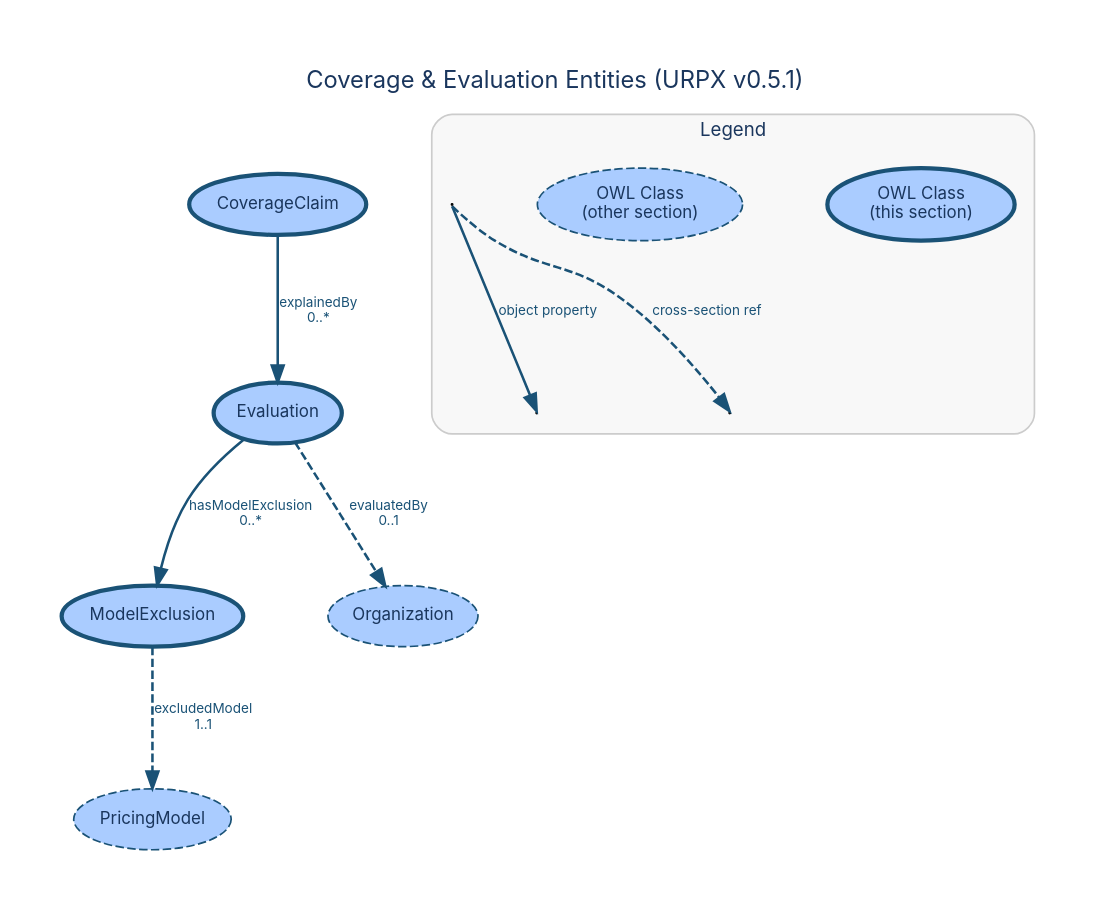
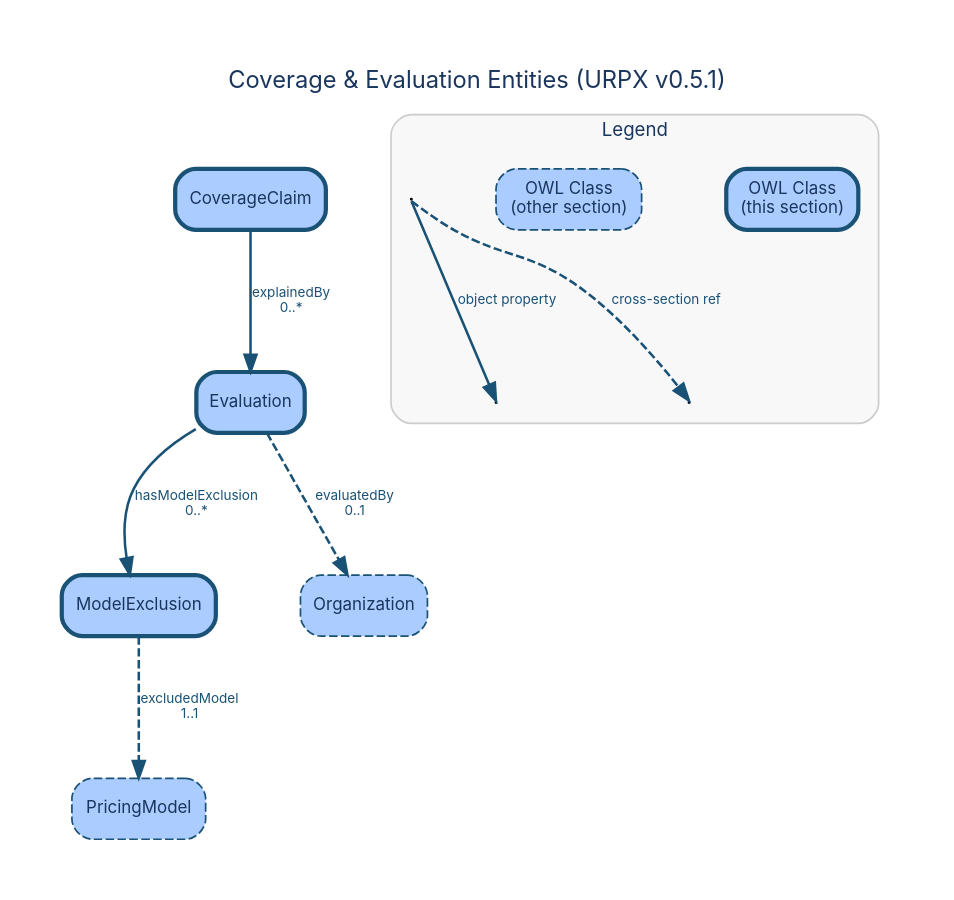
One commit to urpx-org/urpx changed the diagram in documentation/diagrams/dictionary/coverage-evaluation-entities.dot. Above: the diagram before and after it, drawn with Graphviz. The commit also changed 43 other files, not shown here.

```diff
--- a/documentation/diagrams/dictionary/coverage-evaluation-entities.dot
+++ b/documentation/diagrams/dictionary/coverage-evaluation-entities.dot
@@ -1,73 +1,73 @@
 digraph "Coverage & Evaluation Entities" {
     rankdir=TB;
     bgcolor="white";
     pad=0.4;
     nodesep=0.7;
     ranksep=0.9;
     fontname="Inter, Helvetica, Arial, sans-serif";
     label="Coverage & Evaluation Entities (URPX v0.5.1)";
     labelloc="t";
     fontsize=14;
     fontcolor="#1a365d";
     node [fontname="Inter, Helvetica, Arial, sans-serif", fontsize=10, style=filled, fontcolor="#1a365d"];
     edge [fontname="Inter, Helvetica, Arial, sans-serif", fontsize=8, fontcolor="#1a365d"];
 
     // Section classes
     CoverageClaim [
         label="CoverageClaim"
-        shape=ellipse, fillcolor="#aaccff", color="#1a5276", penwidth=2.5
+        shape=box, style="filled,rounded", fillcolor="#aaccff", color="#1a5276", penwidth=2.5
     ];
     Evaluation [
         label="Evaluation"
-        shape=ellipse, fillcolor="#aaccff", color="#1a5276", penwidth=2.5
+        shape=box, style="filled,rounded", fillcolor="#aaccff", color="#1a5276", penwidth=2.5
     ];
     ModelExclusion [
         label="ModelExclusion"
-        shape=ellipse, fillcolor="#aaccff", color="#1a5276", penwidth=2.5
+        shape=box, style="filled,rounded", fillcolor="#aaccff", color="#1a5276", penwidth=2.5
     ];
 
     // Cross-section references
     Organization [
         label="Organization"
-        shape=ellipse, fillcolor="#aaccff", color="#1a5276", penwidth=1, style="filled,dashed"
+        shape=box, fillcolor="#aaccff", color="#1a5276", penwidth=1, style="filled,rounded,dashed"
     ];
     PricingModel [
         label="PricingModel"
-        shape=ellipse, fillcolor="#aaccff", color="#1a5276", penwidth=1, style="filled,dashed"
+        shape=box, fillcolor="#aaccff", color="#1a5276", penwidth=1, style="filled,rounded,dashed"
     ];
 
     // Object property edges
     CoverageClaim -> Evaluation [
         label="explainedBy\n0..*", color="#1a5276", fontcolor="#1a5276", penwidth=1.5
     ];
     Evaluation -> Organization [
         label="evaluatedBy\n0..1", style=dashed, color="#1a5276", fontcolor="#1a5276", penwidth=1.5
     ];
     Evaluation -> ModelExclusion [
         label="hasModelExclusion\n0..*", color="#1a5276", fontcolor="#1a5276", penwidth=1.5
     ];
     ModelExclusion -> PricingModel [
         label="excludedModel\n1..1", style=dashed, color="#1a5276", fontcolor="#1a5276", penwidth=1.5
     ];
 
     // Auto-computed rank hints
 
     subgraph cluster_legend {
         label="Legend";
         fontname="Inter, Helvetica, Arial, sans-serif";
         fontsize=11;
         fontcolor="#1a365d";
         style=rounded;
         color="#cccccc";
         bgcolor="#f8f8f8";
         margin=12;
 
-        leg_class [label="OWL Class\n(this section)", shape=ellipse, fillcolor="#aaccff", color="#1a5276", penwidth=2.5];
-        leg_xref [label="OWL Class\n(other section)", shape=ellipse, fillcolor="#aaccff", color="#1a5276", penwidth=1, style="filled,dashed"];
+        leg_class [label="OWL Class\n(this section)", shape=box, style="filled,rounded", fillcolor="#aaccff", color="#1a5276", penwidth=2.5];
+        leg_xref [label="OWL Class\n(other section)", shape=box, fillcolor="#aaccff", color="#1a5276", penwidth=1, style="filled,rounded,dashed"];
         leg_src [label=" ", shape=point, width=0.01];
         leg_tgt1 [label=" ", shape=point, width=0.01];
         leg_src -> leg_tgt1 [label="object property", color="#1a5276", fontcolor="#1a5276", penwidth=1.5];
         leg_tgt2 [label=" ", shape=point, width=0.01];
         leg_src -> leg_tgt2 [label="cross-section ref", style=dashed, color="#1a5276", fontcolor="#1a5276", penwidth=1.5];
     }
 }
```
